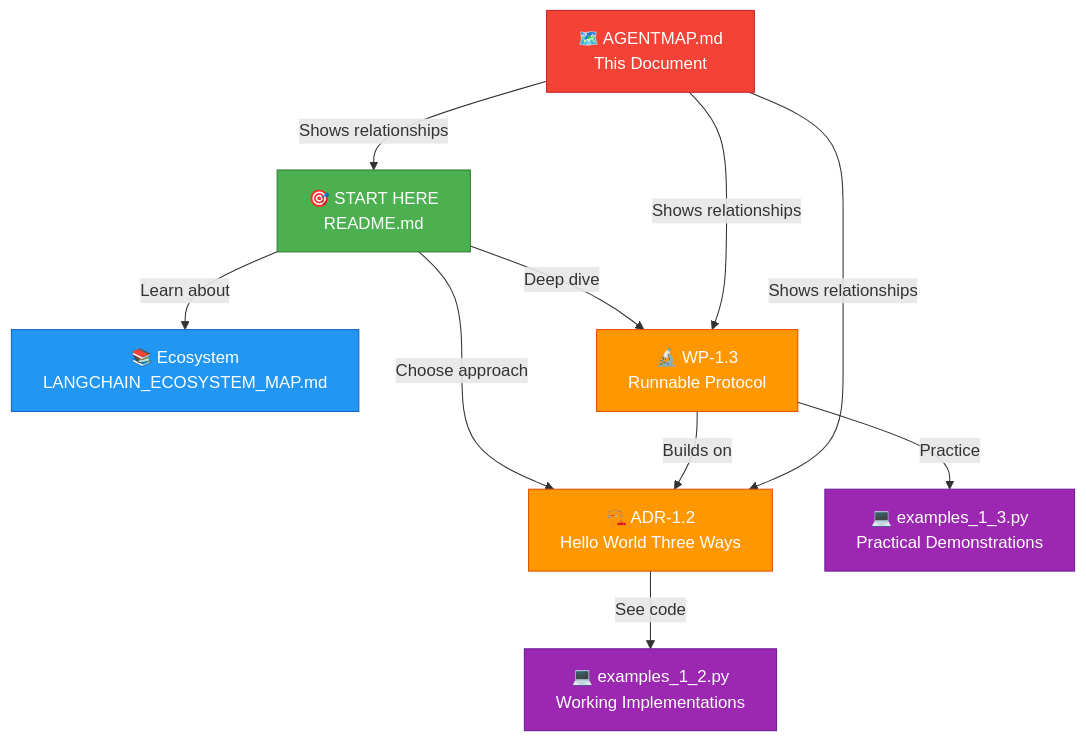
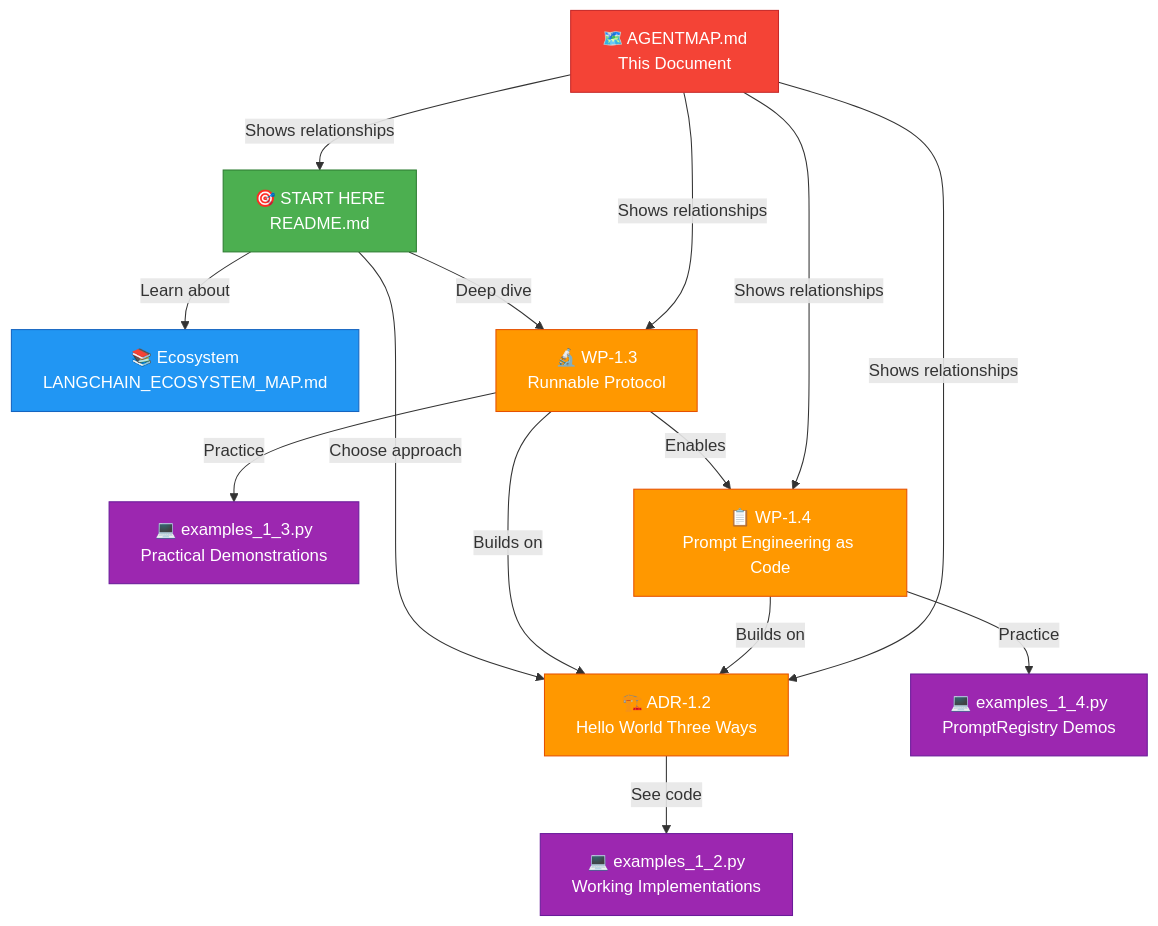
One commit to pristley/ai-architecture-blueprints changed the diagram in AGENTMAP.md. Above: the diagram before and after it, drawn with Mermaid. The commit also changed other lines of this file and 3 other files, not shown here.

First line of the commit message:
feat(WP-1.4): Prompt Engineering as Code - PromptRegistry pattern

````diff
--- a/AGENTMAP.md
+++ b/AGENTMAP.md
@@ -11,28 +11,36 @@
 ```mermaid
 graph TB
     START["🎯 START HERE<br/>README.md"] 
     ECOSYSTEM["📚 Ecosystem<br/>LANGCHAIN_ECOSYSTEM_MAP.md"]
     ADR12["🏗️ ADR-1.2<br/>Hello World Three Ways"]
     EX12["💻 examples_1_2.py<br/>Working Implementations"]
     WP13["🔬 WP-1.3<br/>Runnable Protocol"]
     EX13["💻 examples_1_3.py<br/>Practical Demonstrations"]
+    WP14["📋 WP-1.4<br/>Prompt Engineering as Code"]
+    EX14["💻 examples_1_4.py<br/>PromptRegistry Demos"]
     AGENTMAP["🗺️ AGENTMAP.md<br/>This Document"]
     
     START -->|Learn about| ECOSYSTEM
     START -->|Choose approach| ADR12
     ADR12 -->|See code| EX12
     START -->|Deep dive| WP13
     WP13 -->|Practice| EX13
     WP13 -->|Builds on| ADR12
+    WP13 -->|Enables| WP14
+    WP14 -->|Practice| EX14
+    WP14 -->|Builds on| ADR12
     AGENTMAP -->|Shows relationships| START
     AGENTMAP -->|Shows relationships| ADR12
     AGENTMAP -->|Shows relationships| WP13
+    AGENTMAP -->|Shows relationships| WP14
     
     style START fill:#4CAF50,stroke:#2E7D32,color:#fff
     style ECOSYSTEM fill:#2196F3,stroke:#1565C0,color:#fff
     style ADR12 fill:#FF9800,stroke:#E65100,color:#fff
     style EX12 fill:#9C27B0,stroke:#6A1B9A,color:#fff
     style WP13 fill:#FF9800,stroke:#E65100,color:#fff
     style EX13 fill:#9C27B0,stroke:#6A1B9A,color:#fff
+    style WP14 fill:#FF9800,stroke:#E65100,color:#fff
+    style EX14 fill:#9C27B0,stroke:#6A1B9A,color:#fff
     style AGENTMAP fill:#F44336,stroke:#C62828,color:#fff
 ```
````
